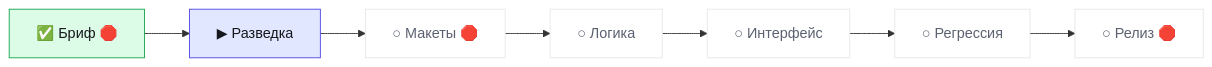
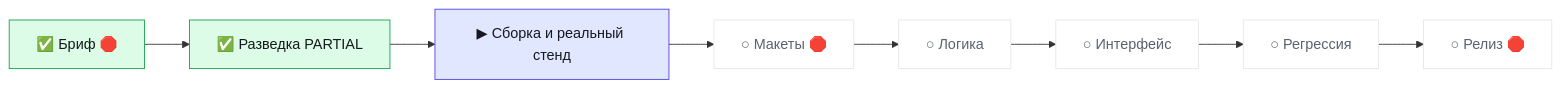
Before and after one commit to helpfulbriefl/rail: the diagram in .bro/STATUS.md, drawn with Mermaid. The commit also changed other lines of this file and 15 other files, not shown here.

````diff
--- a/.bro/STATUS.md
+++ b/.bro/STATUS.md
@@ -8,22 +8,24 @@
 ```mermaid
 flowchart LR
   n0["✅ Бриф 🛑"]:::done
-  n1["▶ Разведка"]:::run
+  n1["✅ Разведка PARTIAL"]:::done
   n0 --> n1
-  n2["○ Макеты 🛑"]:::todo
+  n2["▶ Сборка и реальный стенд"]:::run
   n1 --> n2
-  n3["○ Логика"]:::todo
+  n3["○ Макеты 🛑"]:::todo
   n2 --> n3
-  n4["○ Интерфейс"]:::todo
+  n4["○ Логика"]:::todo
   n3 --> n4
-  n5["○ Регрессия"]:::todo
+  n5["○ Интерфейс"]:::todo
   n4 --> n5
-  n6["○ Релиз 🛑"]:::todo
+  n6["○ Регрессия"]:::todo
   n5 --> n6
+  n7["○ Релиз 🛑"]:::todo
+  n6 --> n7
   classDef done fill:#DCFCE7,stroke:#16A34A,color:#16181D
   classDef run fill:#E0E7FF,stroke:#4F46E5,color:#16181D
   classDef wait fill:#FEF3C7,stroke:#D97706,color:#16181D
   classDef todo fill:#FFFFFF,stroke:#E6E7EB,color:#5B6170
   classDef pause fill:#F3F4F6,stroke:#9CA3AF,color:#5B6170
   classDef frozen fill:#F3F4F6,stroke:#9CA3AF,color:#5B6170
 ```
````
